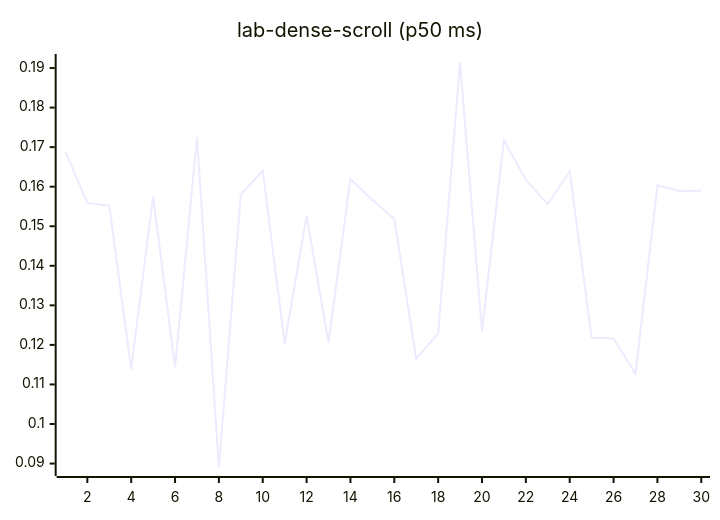
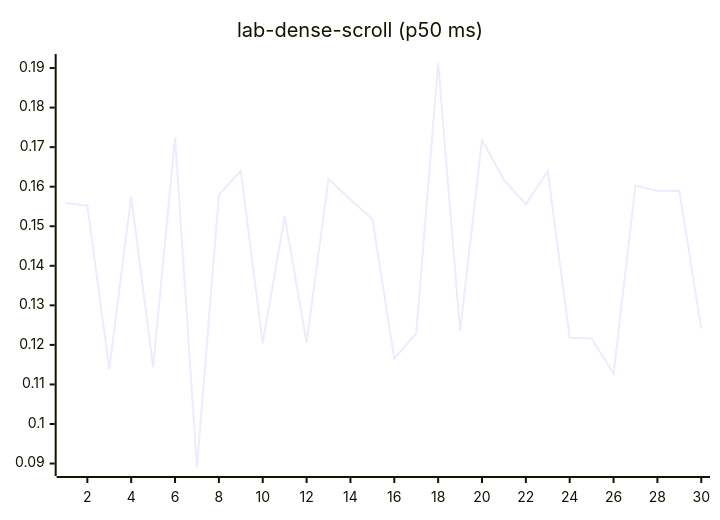
Before and after one commit to josha/Facet: diagram 12 of 27 in README.md, drawn with Mermaid. The commit also changed other lines of this file and 2 other files, not shown here.

````diff
--- a/README.md
+++ b/README.md
@@ -140,6 +140,6 @@
 ```mermaid
 xychart-beta
     title "lab-dense-scroll (p50 ms)"
     x-axis 1 --> 30
-    line [0.1688, 0.1559, 0.1552, 0.1139, 0.1575, 0.1144, 0.1724, 0.0890, 0.1580, 0.1640, 0.1204, 0.1526, 0.1206, 0.1619, 0.1567, 0.1518, 0.1165, 0.1229, 0.1914, 0.1235, 0.1718, 0.1617, 0.1556, 0.1639, 0.1218, 0.1216, 0.1127, 0.1603, 0.1589, 0.1590]
+    line [0.1559, 0.1552, 0.1139, 0.1575, 0.1144, 0.1724, 0.0890, 0.1580, 0.1640, 0.1204, 0.1526, 0.1206, 0.1619, 0.1567, 0.1518, 0.1165, 0.1229, 0.1914, 0.1235, 0.1718, 0.1617, 0.1556, 0.1639, 0.1218, 0.1216, 0.1127, 0.1603, 0.1589, 0.1590, 0.1241]
 ```
````
